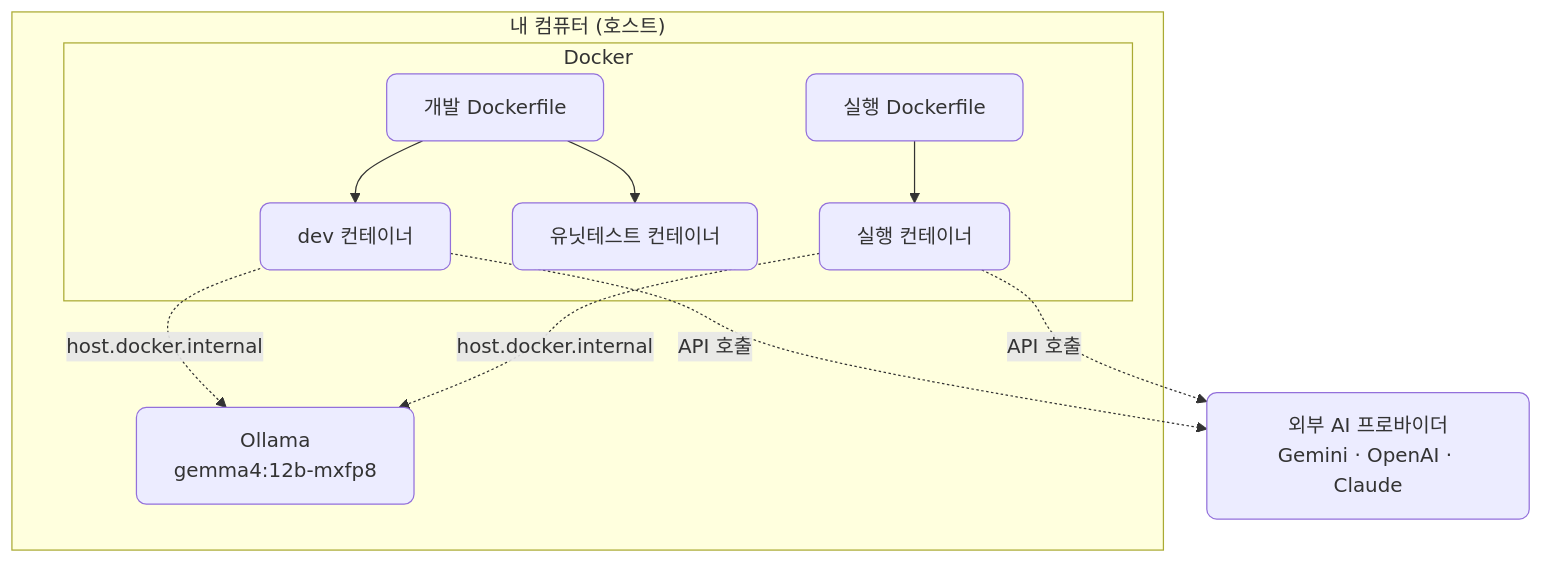
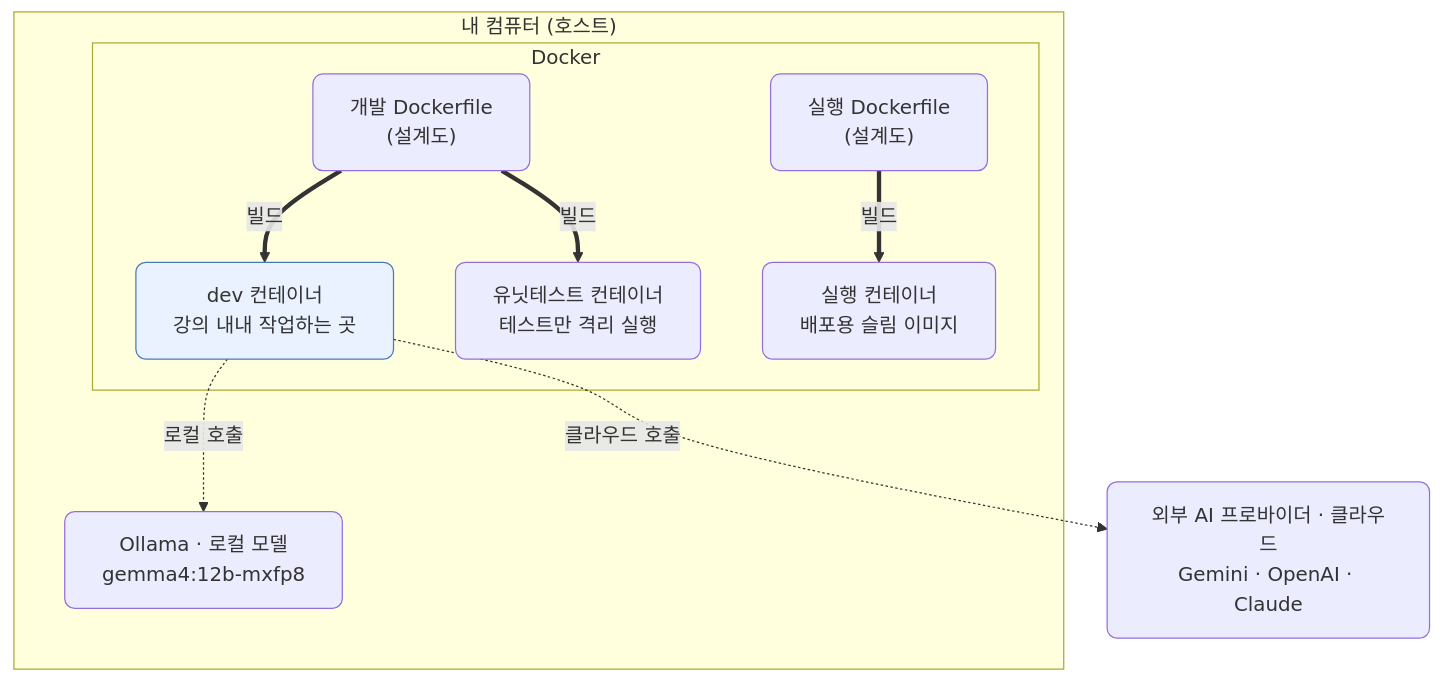
One commit to CodeCompose7/ai_service_engineering changed the diagram in docs/section1/lec01/README.md. Above: the diagram before and after it, drawn with Mermaid. The commit also changed other lines of this file, not shown here.

Commit message:
lec01 환경 그림 가독성 개선
- 빌드(굵은 화살표)와 모델 호출(점선)을 화살표 종류로 구분
- 컨테이너마다 용도 한 줄 라벨 추가
- 실제 작업하는 dev 컨테이너를 색으로 강조
- 호출선을 dev 기준으로 줄여 복잡도 완화, 나머지는 설명으로 보완

````diff
--- a/docs/section1/lec01/README.md
+++ b/docs/section1/lec01/README.md
@@ -11,17 +11,24 @@
 ```mermaid
 flowchart TB
   subgraph COMP["내 컴퓨터 (호스트)"]
     subgraph DOCKER["Docker"]
-      DF1["개발 Dockerfile"] --> DEV["dev 컨테이너"]
-      DF1 --> TEST["유닛테스트 컨테이너"]
-      DF2["실행 Dockerfile"] --> RUN["실행 컨테이너"]
+      DF1["개발 Dockerfile<br/>(설계도)"]
+      DF2["실행 Dockerfile<br/>(설계도)"]
+      DEV["dev 컨테이너<br/>강의 내내 작업하는 곳"]
+      TEST["유닛테스트 컨테이너<br/>테스트만 격리 실행"]
+      RUN["실행 컨테이너<br/>배포용 슬림 이미지"]
+      DF1 ==>|"빌드"| DEV
+      DF1 ==>|"빌드"| TEST
+      DF2 ==>|"빌드"| RUN
     end
-    OLL["Ollama<br/>gemma4:12b-mxfp8"]
+    OLL["Ollama · 로컬 모델<br/>gemma4:12b-mxfp8"]
   end
-  EXT["외부 AI 프로바이더<br/>Gemini · OpenAI · Claude"]
-  DEV -. "host.docker.internal" .-> OLL
-  RUN -. "host.docker.internal" .-> OLL
-  DEV -. "API 호출" .-> EXT
-  RUN -. "API 호출" .-> EXT
+  EXT["외부 AI 프로바이더 · 클라우드<br/>Gemini · OpenAI · Claude"]
+
+  DEV -.->|"로컬 호출"| OLL
+  DEV -.->|"클라우드 호출"| EXT
+
   classDef default rx:8,ry:8;
+  classDef work fill:#eaf2ff,stroke:#4a78c0;
+  class DEV work;
 ```
````
